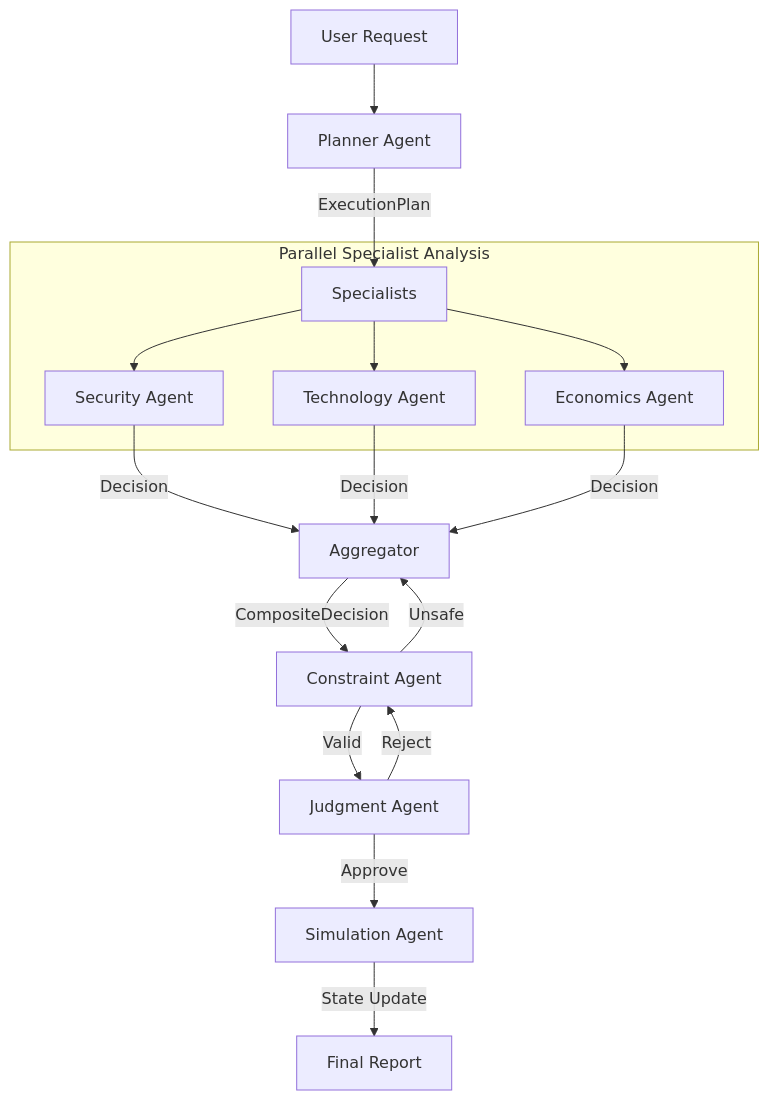
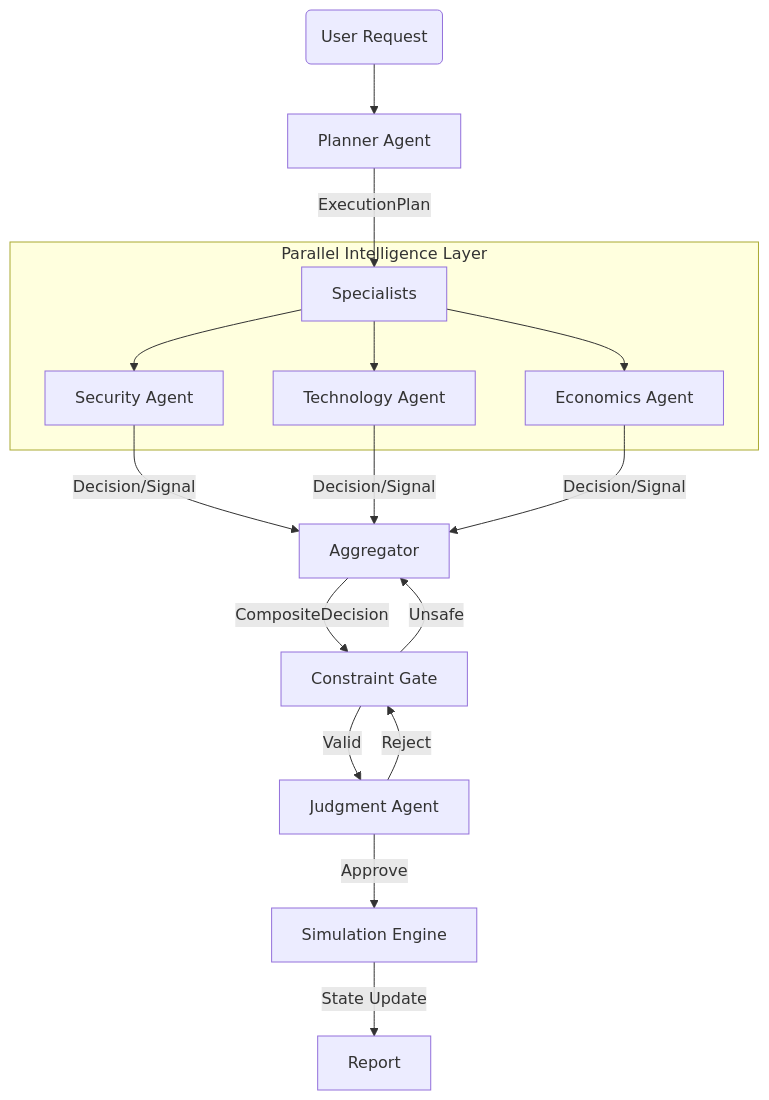
Before and after one commit to Auro-rium/simulation-agent: the diagram in README.md, drawn with Mermaid. The commit also changed other lines of this file and 50 other files, not shown here.

````diff
--- a/README.md
+++ b/README.md
@@ -70,25 +39,25 @@
 ```mermaid
 graph TD
-    User[User Request] --> Plan[Planner Agent]
+    User(User Request) --> Plan[Planner Agent]
     Plan -->|ExecutionPlan| Specialists
     
-    subgraph "Parallel Specialist Analysis"
+    subgraph "Parallel Intelligence Layer"
         Specialists --> Sec[Security Agent]
         Specialists --> Tech[Technology Agent]
         Specialists --> Econ[Economics Agent]
     end
     
-    Sec -->|Decision| Aggregator
-    Tech -->|Decision| Aggregator
-    Econ -->|Decision| Aggregator
+    Sec -->|Decision/Signal| Aggregator
+    Tech -->|Decision/Signal| Aggregator
+    Econ -->|Decision/Signal| Aggregator
     
-    Aggregator -->|CompositeDecision| Constraint[Constraint Agent]
+    Aggregator -->|CompositeDecision| Constraint[Constraint Gate]
     
+    Constraint -->|Unsafe| Aggregator
     Constraint -->|Valid| Judgment[Judgment Agent]
-    Constraint -->|Unsafe| Aggregator
     
-    Judgment -->|Approve| Sim[Simulation Agent]
+    Judgment -->|Approve| Sim[Simulation Engine]
     Judgment -->|Reject| Constraint
     
-    Sim -->|State Update| Final[Final Report]
+    Sim -->|State Update| Report
 ```
````
